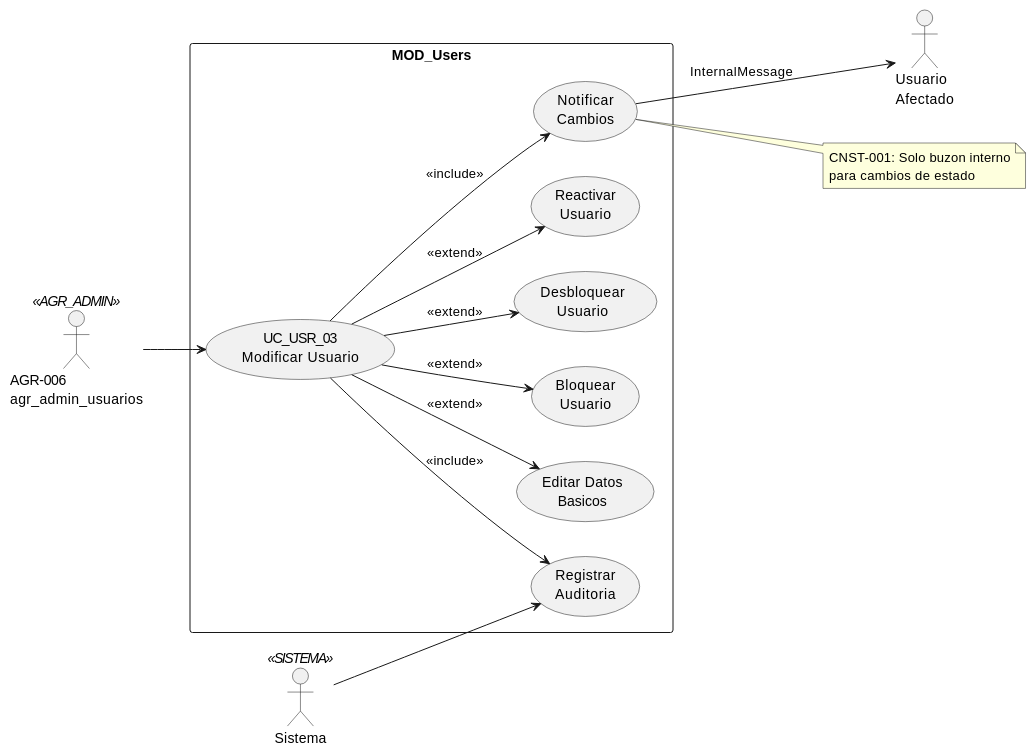
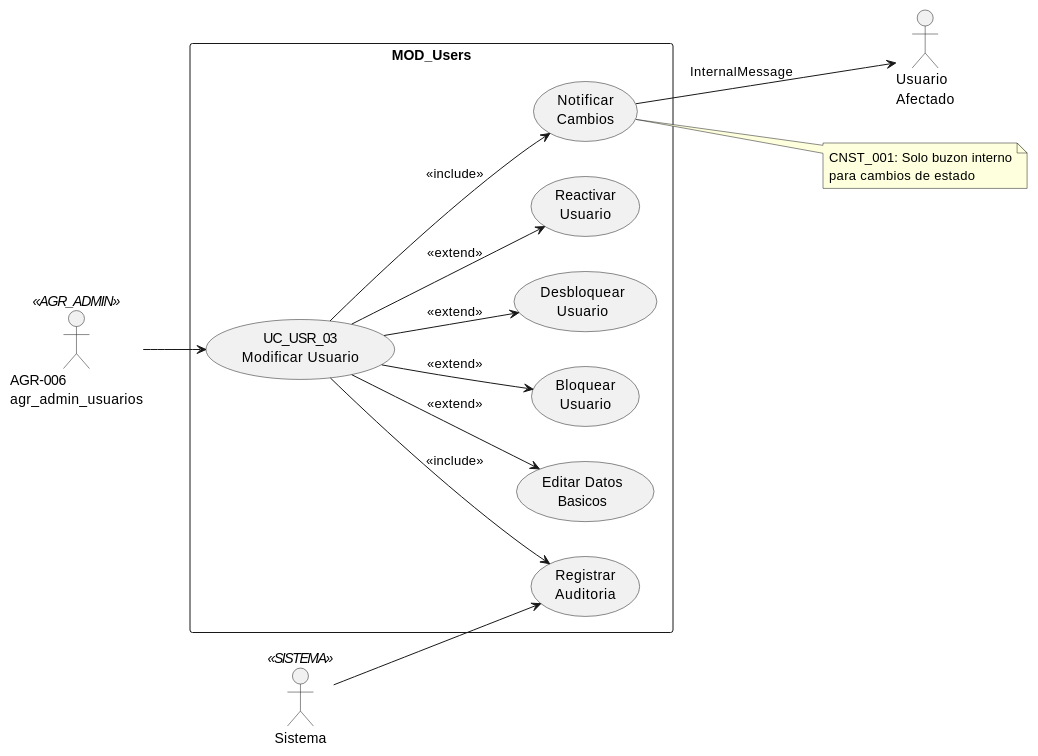
One commit to jcg-admin/IACT-docs changed the first of 3 diagrams in source/requisitos/casos_uso/users/UC_USR_03_Modificar_Usuario.rst. Above: the diagram before and after it, drawn with PlantUML. The commit also changed other lines of this file and 67 other files, not shown here.

```diff
--- a/source/requisitos/casos_uso/users/UC_USR_03_Modificar_Usuario.rst
+++ b/source/requisitos/casos_uso/users/UC_USR_03_Modificar_Usuario.rst
@@ -61,37 +61,37 @@
 .. uml::
    :caption: Diagrama de Caso de Uso - UC_USR_03
 
    @startuml
 
    left to right direction
 
    actor "AGR-006\nagr_admin_usuarios" as ADMIN <<AGR_ADMIN>>
    actor "Usuario\nAfectado" as USER
    actor "Sistema" as SYS <<SISTEMA>>
 
    rectangle "MOD_Users" {
      usecase "UC_USR_03\nModificar Usuario" as UC03
      usecase "Editar Datos\nBasicos" as EDIT
      usecase "Bloquear\nUsuario" as BLOCK
      usecase "Desbloquear\nUsuario" as UNLOCK
      usecase "Reactivar\nUsuario" as REACT
      usecase "Notificar\nCambios" as NOT
      usecase "Registrar\nAuditoria" as AUD
    }
 
    ADMIN --> UC03
    UC03 --> EDIT : <<extend>>
    UC03 --> BLOCK : <<extend>>
    UC03 --> UNLOCK : <<extend>>
    UC03 --> REACT : <<extend>>
    UC03 --> NOT : <<include>>
    UC03 --> AUD : <<include>>
    NOT --> USER : InternalMessage
    SYS --> AUD
 
    note right of NOT
-     CNST-001: Solo buzon interno
+     CNST_001: Solo buzon interno
      para cambios de estado
    end note
 
    @enduml
```
